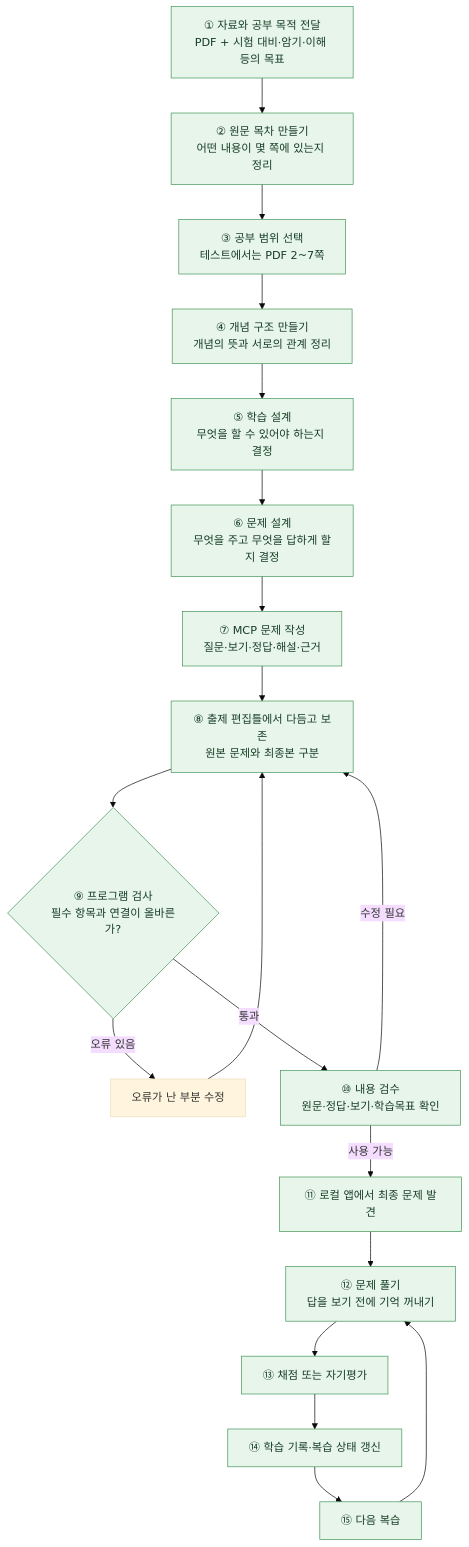
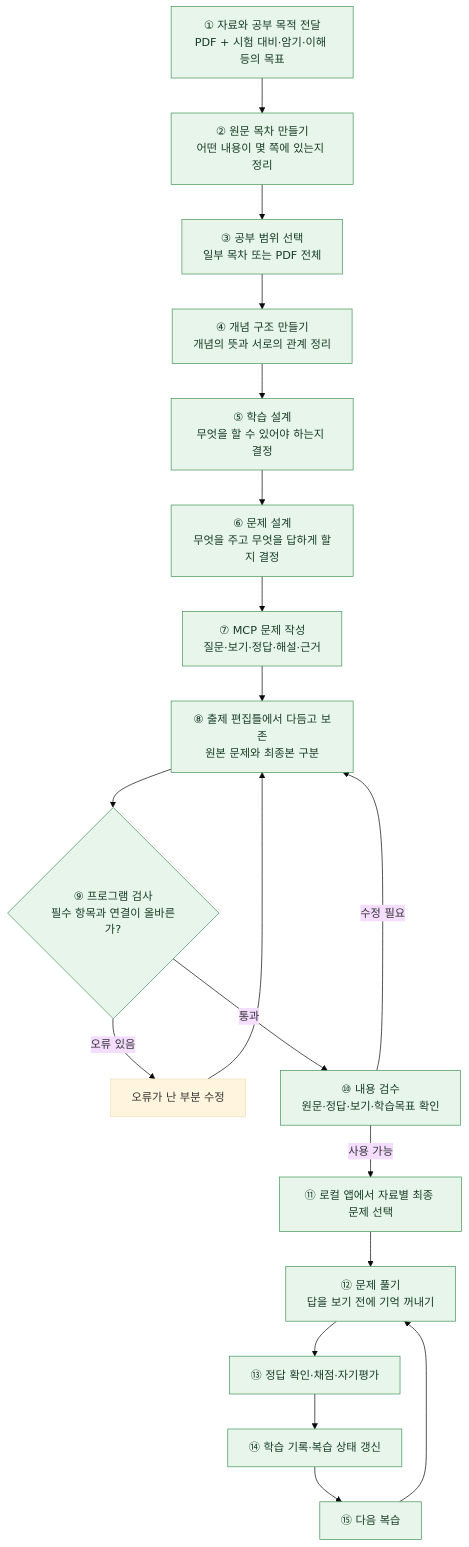
One commit to starvvolf/EasyMemory changed the diagram in docs/product-flow/README.md. Above: the diagram before and after it, drawn with Mermaid (base theme). The commit also changed other lines of this file, not shown here.

Commit message:
docs: update Recaller flow with full-scope local study verification

````diff
--- a/docs/product-flow/README.md
+++ b/docs/product-flow/README.md
@@ -33,27 +33,27 @@
 ```mermaid
 flowchart TD
     A["① 자료와 공부 목적 전달<br/>PDF + 시험 대비·암기·이해 등의 목표"]
     B["② 원문 목차 만들기<br/>어떤 내용이 몇 쪽에 있는지 정리"]
-    C["③ 공부 범위 선택<br/>테스트에서는 PDF 2~7쪽"]
+    C["③ 공부 범위 선택<br/>일부 목차 또는 PDF 전체"]
     D["④ 개념 구조 만들기<br/>개념의 뜻과 서로의 관계 정리"]
     E["⑤ 학습 설계<br/>무엇을 할 수 있어야 하는지 결정"]
     F["⑥ 문제 설계<br/>무엇을 주고 무엇을 답하게 할지 결정"]
     G["⑦ MCP 문제 작성<br/>질문·보기·정답·해설·근거"]
     K["⑧ 출제 편집틀에서 다듬고 보존<br/>원본 문제와 최종본 구분"]
     H{"⑨ 프로그램 검사<br/>필수 항목과 연결이 올바른가?"}
     I["오류가 난 부분 수정"]
     J["⑩ 내용 검수<br/>원문·정답·보기·학습목표 확인"]
-    L["⑪ 로컬 앱에서 최종 문제 발견"]
+    L["⑪ 로컬 앱에서 자료별 최종 문제 선택"]
     M["⑫ 문제 풀기<br/>답을 보기 전에 기억 꺼내기"]
-    N["⑬ 채점 또는 자기평가"]
+    N["⑬ 정답 확인·채점·자기평가"]
     O["⑭ 학습 기록·복습 상태 갱신"]
     P["⑮ 다음 복습"]
     A --> B --> C --> D --> E --> F --> G --> K --> H
     H -- 오류 있음 --> I --> K
     H -- 통과 --> J
     J -- 수정 필요 --> K
     J -- 사용 가능 --> L --> M --> N --> O --> P
     P --> M
     classDef done fill:#e7f5eb,stroke:#45965a,color:#173d23;
     class A,B,C,D,E,F,G,H,J,K,L,M,N,O,P done;
 ```
````
